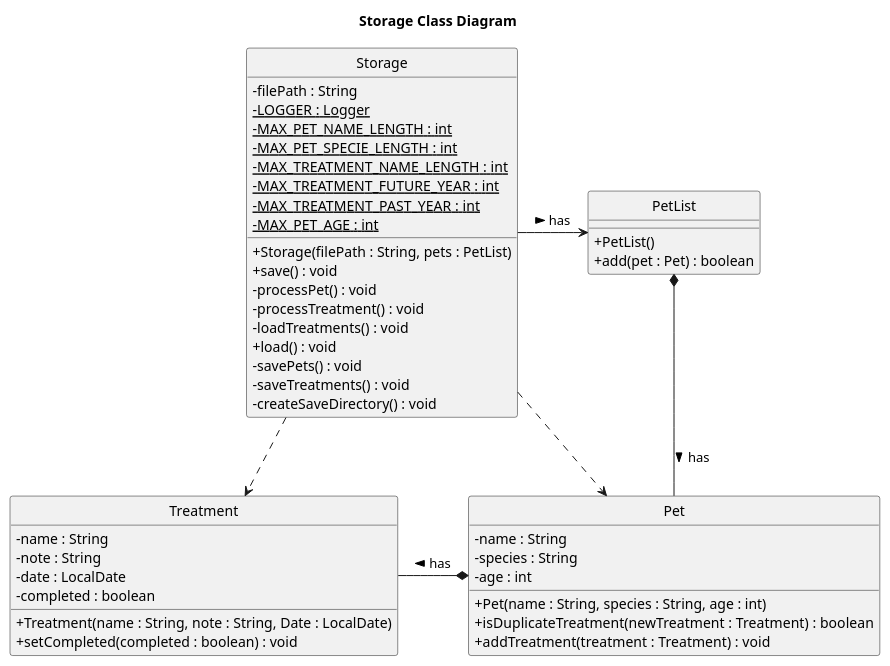
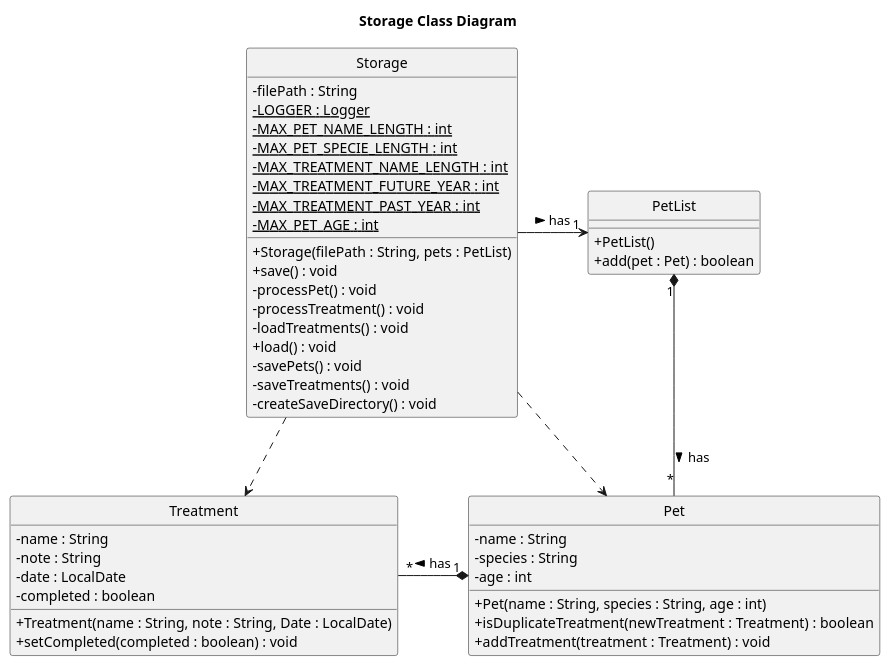
One commit to Kevin88866/tp changed the diagram in docs/uml/StorageClass_Class_Diagram.puml. Above: the diagram before and after it, drawn with PlantUML. The commit also changed 3 other files, not shown here.

Commit message:
Update Class diagrams

```diff
--- a/docs/uml/StorageClass_Class_Diagram.puml
+++ b/docs/uml/StorageClass_Class_Diagram.puml
@@ -1,57 +1,57 @@
 @startuml
 title Storage Class Diagram
 skinparam classAttributeIconSize 0
 hide circle
 
 class Storage {
     - filePath : String
     - {static} LOGGER : Logger
     - {static} MAX_PET_NAME_LENGTH : int
     - {static} MAX_PET_SPECIE_LENGTH : int
     - {static} MAX_TREATMENT_NAME_LENGTH : int
     - {static} MAX_TREATMENT_FUTURE_YEAR : int
     - {static} MAX_TREATMENT_PAST_YEAR : int
     - {static} MAX_PET_AGE : int
 
     + Storage(filePath : String, pets : PetList)
     + save() : void
     - processPet() : void
     - processTreatment() : void
     - loadTreatments() : void
     + load() : void
     - savePets() : void
     - saveTreatments() : void
     - createSaveDirectory() : void
 }
 
 class PetList {
     + PetList()
     + add(pet : Pet) : boolean
 }
 
 class Pet {
     - name : String
     - species : String
     - age : int
 
     + Pet(name : String, species : String, age : int)
     + isDuplicateTreatment(newTreatment : Treatment) : boolean
     + addTreatment(treatment : Treatment) : void
 }
 
 class Treatment {
     - name : String
     - note : String
     - date : LocalDate
     - completed : boolean
 
     + Treatment(name : String, note : String, Date : LocalDate)
     + setCompleted(completed : boolean) : void
 }
 
-Storage -> PetList : has >
-PetList *-- Pet : has >
-Pet *-left- Treatment : has >
+Storage -> "1" PetList : has >
+PetList "1" *-- "*" Pet : has >
+Pet "1" *-left- "*" Treatment : has >
 Storage ..> Pet
 Storage ..> Treatment
 @enduml
```
